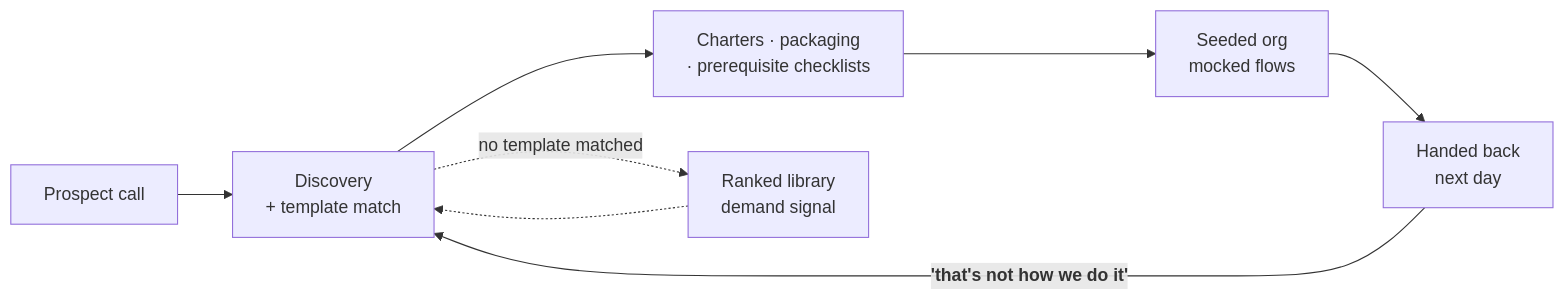
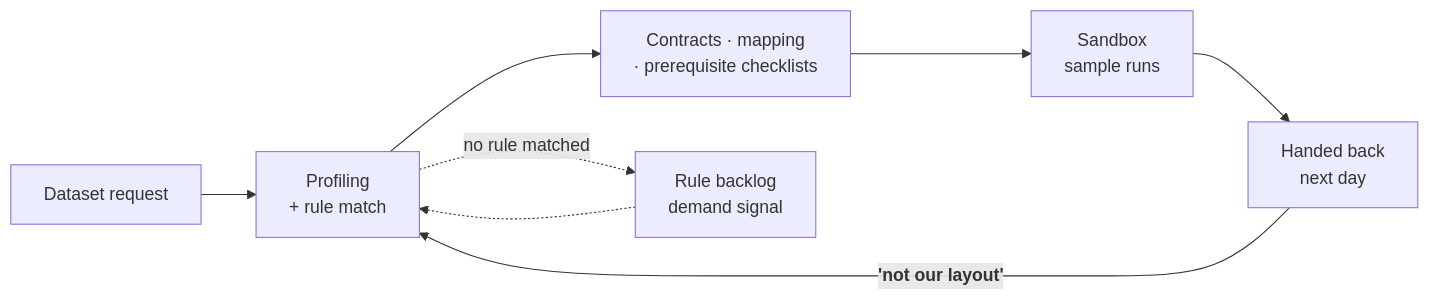
The fifth of 5 diagrams in webview/__tests__/fixtures/mixed-real-document.md (harlanlewis/birta-writer), drawn with Mermaid before and after one commit. The commit also changed other lines of this file and 1 other file, not shown here.

````diff
--- a/webview/__tests__/fixtures/mixed-real-document.md
+++ b/webview/__tests__/fixtures/mixed-real-document.md
@@ -103,10 +103,10 @@
 ```mermaid
 flowchart LR
-    CALL["Prospect call"] --> MATCH["Discovery<br/>+ template match"]
-    MATCH --> PKG["Charters · packaging<br/>· prerequisite checklists"]
-    PKG --> ORG["Seeded org<br/>mocked flows"]
-    ORG --> BACK["Handed back<br/>next day"]
-    BACK -->|"<b>'that's not how we do it'</b>"| MATCH
-    MATCH -.->|"no template matched"| LIB["Ranked library<br/>demand signal"]
-    LIB -.-> MATCH
+    REQ["Dataset request"] --> PROF["Profiling<br/>+ rule match"]
+    PROF --> MAP["Contracts · mapping<br/>· prerequisite checklists"]
+    MAP --> SBX["Sandbox<br/>sample runs"]
+    SBX --> BACK["Handed back<br/>next day"]
+    BACK -->|"<b>'not our layout'</b>"| PROF
+    PROF -.->|"no rule matched"| LIB["Rule backlog<br/>demand signal"]
+    LIB -.-> PROF
 ```
````
